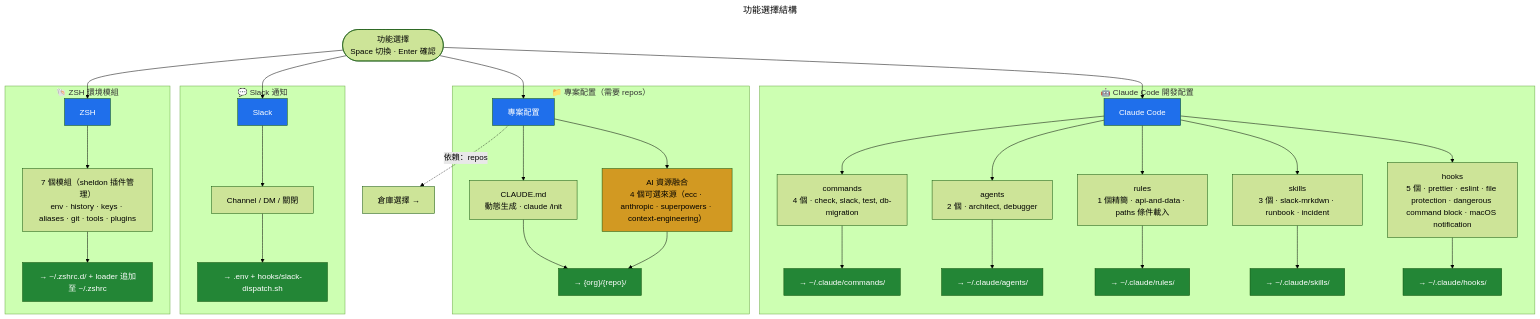
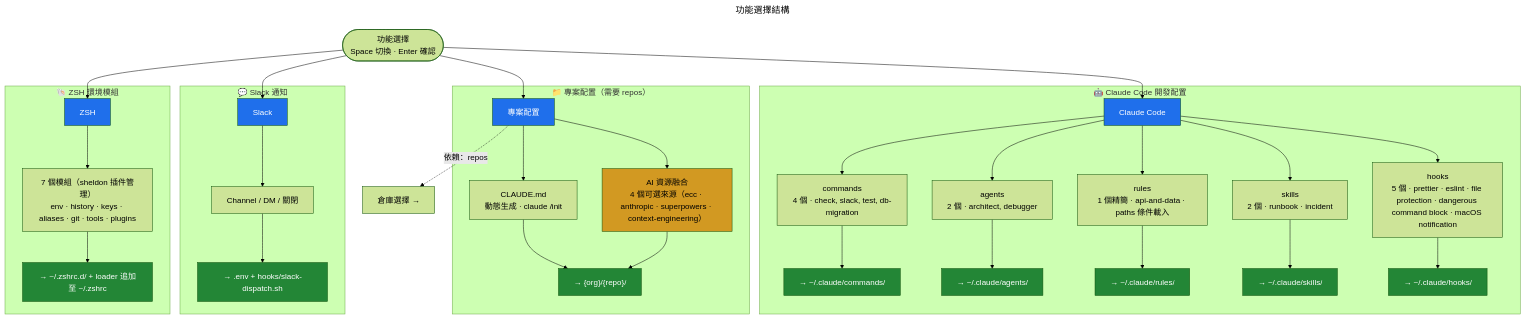
Before and after one commit to AlvinBian/ab-tao: the diagram in apps/dotfiles/docs/flows/feature-map.mmd, drawn with Mermaid (forest theme). The commit also changed 14 other files, not shown here.

```diff
--- a/apps/dotfiles/docs/flows/feature-map.mmd
+++ b/apps/dotfiles/docs/flows/feature-map.mmd
@@ -1,53 +1,53 @@
 ---
 title: 功能選擇結構
 description: 4 大功能、部署目標（Claude Code · 專案配置 · Slack · ZSH）
 links:
   - setup-main: 返回主流程
   - phase-execute: 安裝執行
 ---
 flowchart TD
     MS(["功能選擇<br/>Space 切換 · Enter 確認"]) --> C1 & C2 & C3 & C4
 
     subgraph C1G ["🤖 Claude Code 開發配置"]
         C1["Claude Code"]
         C1 --> CC1["commands<br/>4 個 · check, slack, test, db-migration"]
         C1 --> CC2["agents<br/>2 個 · architect, debugger"]
         C1 --> CC3["rules<br/>1 個精簡 · api-and-data · paths 條件載入"]
-        C1 --> CC4["skills<br/>3 個 · slack-mrkdwn · runbook · incident"]
+        C1 --> CC4["skills<br/>2 個 · runbook · incident"]
         C1 --> CC5["hooks<br/>5 個 · prettier · eslint · file protection · dangerous command block · macOS notification"]
         CC1 --> T1["→ ~/.claude/commands/"]
         CC2 --> T2["→ ~/.claude/agents/"]
         CC3 --> T3["→ ~/.claude/rules/"]
         CC4 --> T4["→ ~/.claude/skills/"]
         CC5 --> T5["→ ~/.claude/hooks/"]
     end
 
     subgraph C2G ["📁 專案配置（需要 repos）"]
         C2["專案配置"]
         C2 --> CM1["CLAUDE.md<br/>動態生成 · claude /init"]
         C2 --> CM4["AI 資源融合<br/>4 個可選來源（ecc · anthropic · superpowers · context-engineering）"]
         CM1 --> CMT["→ {org}/{repo}/"]
         CM4 --> CMT
     end
 
     subgraph C3G ["💬 Slack 通知"]
         C3["Slack"]
         C3 --> S1["Channel / DM / 關閉"]
         S1 --> ST["→ .env + hooks/slack-dispatch.sh"]
     end
 
     subgraph C4G ["🐚 ZSH 環境模組"]
         C4["ZSH"]
         C4 --> Z1["7 個模組（sheldon 插件管理）<br/>env · history · keys · aliases · git · tools · plugins"]
         Z1 --> ZT["→ ~/.zshrc.d/ + loader 追加至 ~/.zshrc"]
     end
 
     C2 -.->|"依賴：repos"| RepoLink["倉庫選擇 →"]
 
     classDef feature fill:#1f6feb,color:#fff
     classDef target fill:#238636,color:#fff
     classDef optional fill:#d29922,color:#000
 
     class C1,C2,C3,C4 feature
     class T1,T2,T3,T4,T5,CMT,ST,ZT target
     class CM4 optional
```
